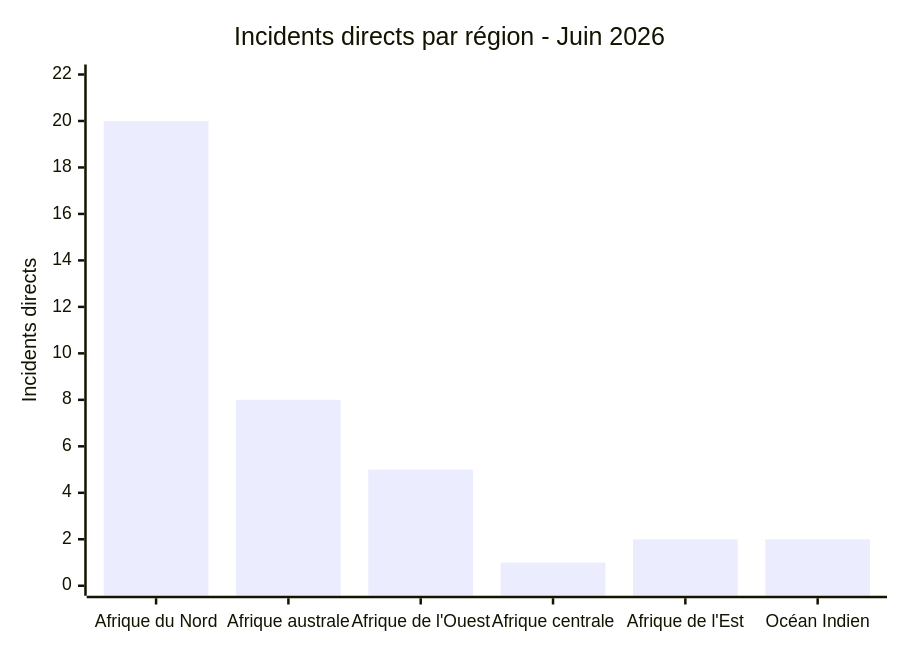
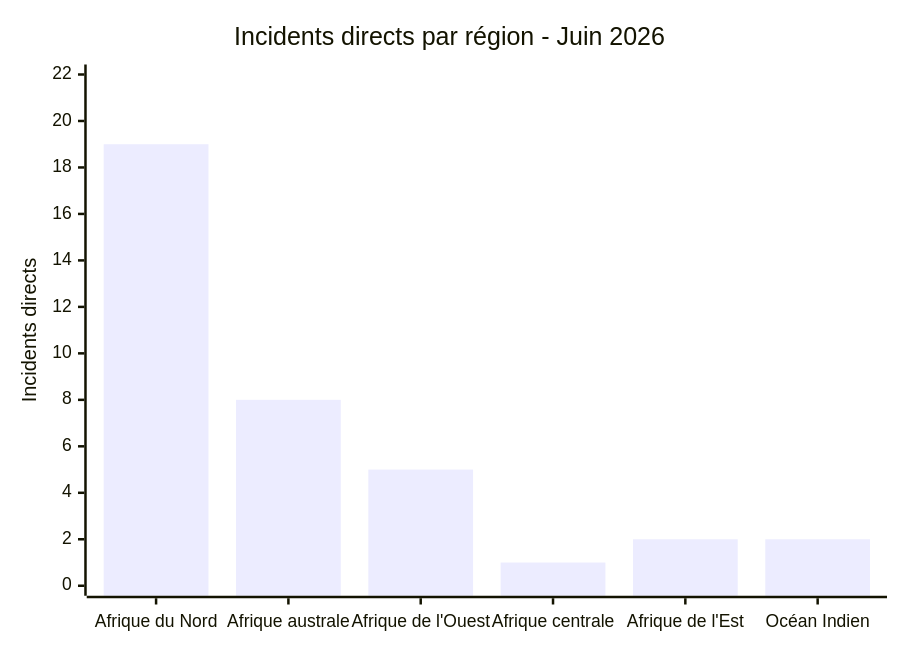
One commit to Hatchepsoute/AFRINTEL changed the fifth of 7 diagrams in statistics/2026/06-june/README_FR.md. Above: the diagram before and after it, drawn with Mermaid. The commit also changed other lines of this file and 30 other files, not shown here.

````diff
--- a/statistics/2026/06-june/README_FR.md
+++ b/statistics/2026/06-june/README_FR.md
@@ -185,7 +187,7 @@
 ```mermaid
 xychart
     title "Incidents directs par région - Juin 2026"
     x-axis ["Afrique du Nord","Afrique australe","Afrique de l'Ouest","Afrique centrale","Afrique de l'Est","Océan Indien"]
     y-axis "Incidents directs" 0 --> 22
-    bar [20,8,5,1,2,2]
+    bar [19,8,5,1,2,2]
 ```
````
